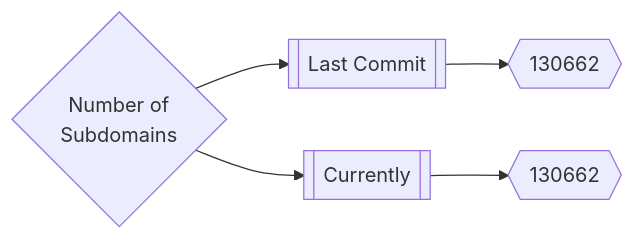
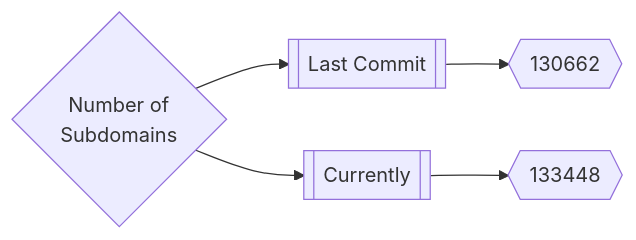
One commit to trickest/inventory changed the first of 3 diagrams in README.md. Above: the diagram before and after it, drawn with Mermaid. The commit also changed other lines of this file and 93 other files, not shown here.

````diff
--- a/README.md
+++ b/README.md
@@ -165,5 +165,5 @@
 ```mermaid
 graph LR
 title{Number of<br>Subdomains} --> subdomainsDate1[[Last Commit]] --> subdomainsNum1{{130662}}
-title --> subdomainsDate2[[Currently]] --> subdomainsNum2{{130662}}
+title --> subdomainsDate2[[Currently]] --> subdomainsNum2{{133448}}
 ```
````
